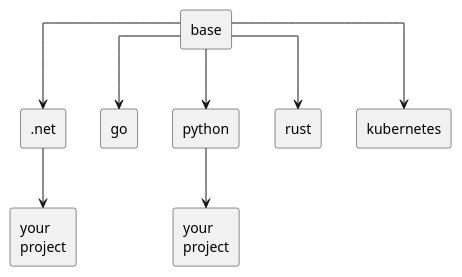
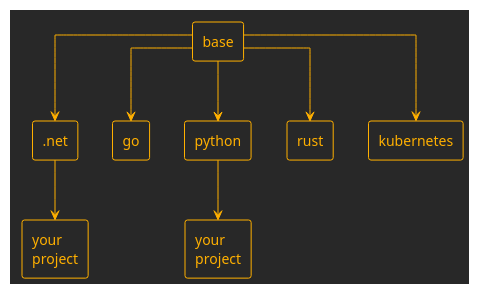
The diagram in docs/src/architecture.puml (this-kirke/devastation), drawn with PlantUML before and after one commit. The commit also changed 13 other files, not shown here.

```diff
--- a/docs/src/architecture.puml
+++ b/docs/src/architecture.puml
@@ -1,28 +1,29 @@
 @startuml devastation_architecture
 
+!theme crt-amber
 
 ' Set the layout direction to top to bottom
 top to bottom direction
 skinparam linetype ortho
 
 ' Define components
 rectangle "base" as base
 rectangle ".net" as dotnet
 rectangle "go" as go
 rectangle "python" as python
 rectangle "rust" as rust
 rectangle "kubernetes" as k8s
 rectangle "your\nproject" as your1
 rectangle "your\nproject" as your2
 
 ' Define relationships
 base --> dotnet
 base --> go
 base --> python
 base --> rust
 base --> k8s
 
 dotnet --> your1
 python --> your2
 
 @enduml
```
